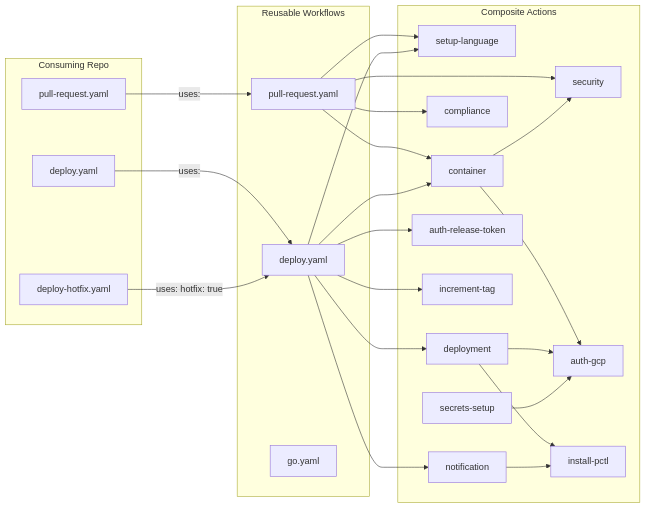
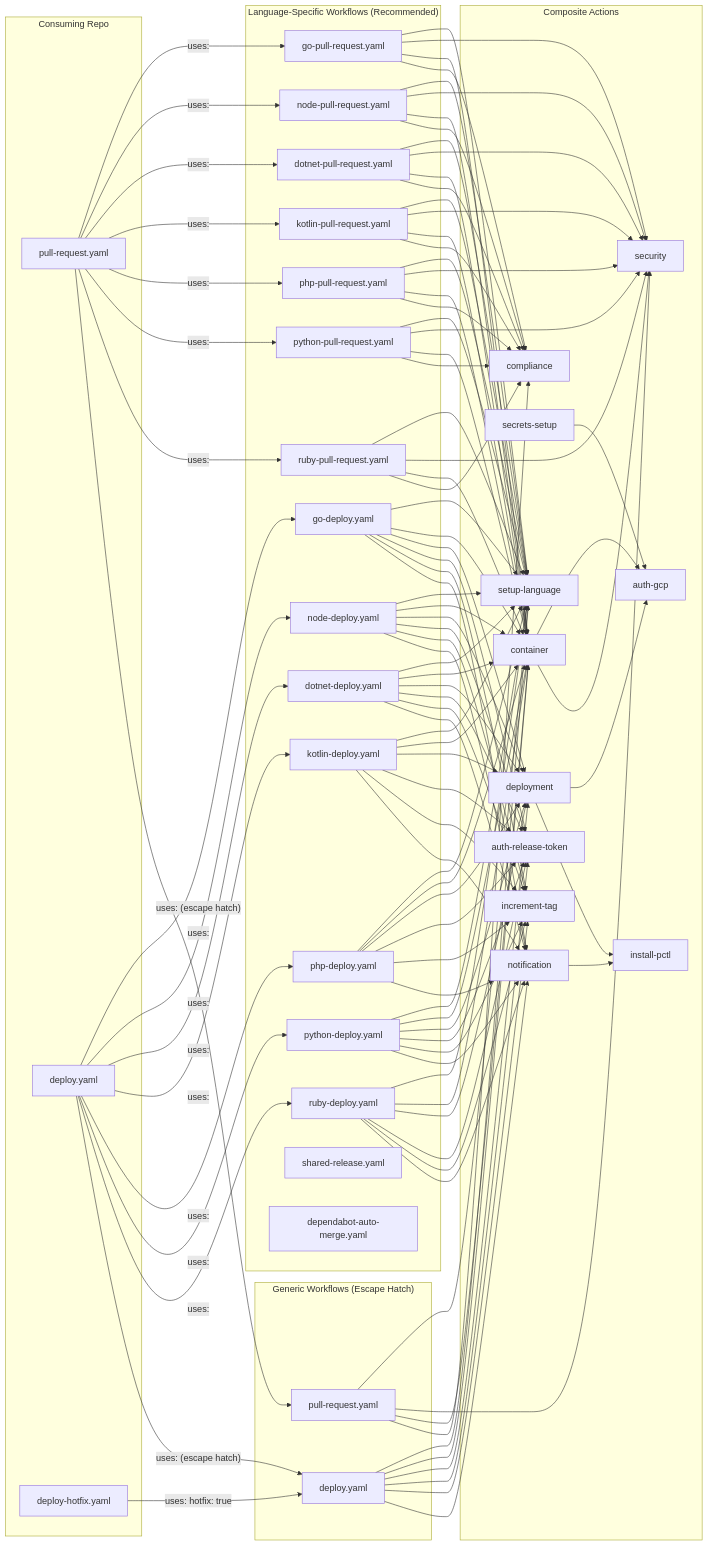
One commit to credova/platform-workflows changed the first of 8 diagrams in docs/usage.md. Above: the diagram before and after it, drawn with Mermaid. The commit also changed other lines of this file and 50 other files, not shown here.

````diff
--- a/docs/usage.md
+++ b/docs/usage.md
@@ -505,39 +681,61 @@
 ```mermaid
 graph LR
     subgraph "Consuming Repo"
         PR["pull-request.yaml"]
         DEP["deploy.yaml"]
         HOT["deploy-hotfix.yaml"]
     end
 
-    subgraph "Reusable Workflows"
+    subgraph "Language-Specific Workflows (Recommended)"
+        GOPR["go-pull-request.yaml"]
+        GODP["go-deploy.yaml"]
+        NODEPR["node-pull-request.yaml"]
+        NODEDP["node-deploy.yaml"]
+        NETPR["dotnet-pull-request.yaml"]
+        NETDP["dotnet-deploy.yaml"]
+        KTPR["kotlin-pull-request.yaml"]
+        KTDP["kotlin-deploy.yaml"]
+        PHPPR["php-pull-request.yaml"]
+        PHPDP["php-deploy.yaml"]
+        PYPR["python-pull-request.yaml"]
+        PYDP["python-deploy.yaml"]
+        RBPR["ruby-pull-request.yaml"]
+        RBDP["ruby-deploy.yaml"]
+        SR["shared-release.yaml"]
+        DAM["dependabot-auto-merge.yaml"]
+    end
+
+    subgraph "Generic Workflows (Escape Hatch)"
         PRW["pull-request.yaml"]
         DW["deploy.yaml"]
-        GW["go.yaml"]
     end
 
     subgraph "Composite Actions"
         SL["setup-language"]
         SEC["security"]
         CTR["container"]
         CMP["compliance"]
         DPL["deployment"]
         AG["auth-gcp"]
         ART["auth-release-token"]
         IT["increment-tag"]
         IP["install-pctl"]
         NTF["notification"]
         SS["secrets-setup"]
     end
 
-    PR -->|"uses:"| PRW
-    DEP -->|"uses:"| DW
+    PR -->|"uses:"| GOPR & NODEPR & NETPR & KTPR & PHPPR & PYPR & RBPR
+    PR -->|"uses: (escape hatch)"| PRW
+    DEP -->|"uses:"| GODP & NODEDP & NETDP & KTDP & PHPDP & PYDP & RBDP
+    DEP -->|"uses: (escape hatch)"| DW
     HOT -->|"uses: hotfix: true"| DW
 
+    GOPR & NODEPR & NETPR & KTPR & PHPPR & PYPR & RBPR --> SL & SEC & CTR & CMP
+    GODP & NODEDP & NETDP & KTDP & PHPDP & PYDP & RBDP --> SL & CTR & DPL & ART & IT & NTF
     PRW --> SL & SEC & CTR & CMP
     DW --> SL & CTR & DPL & ART & IT & NTF
     CTR --> AG & SEC
     DPL --> AG & IP
     NTF --> IP
     SS --> AG
 ```
````
